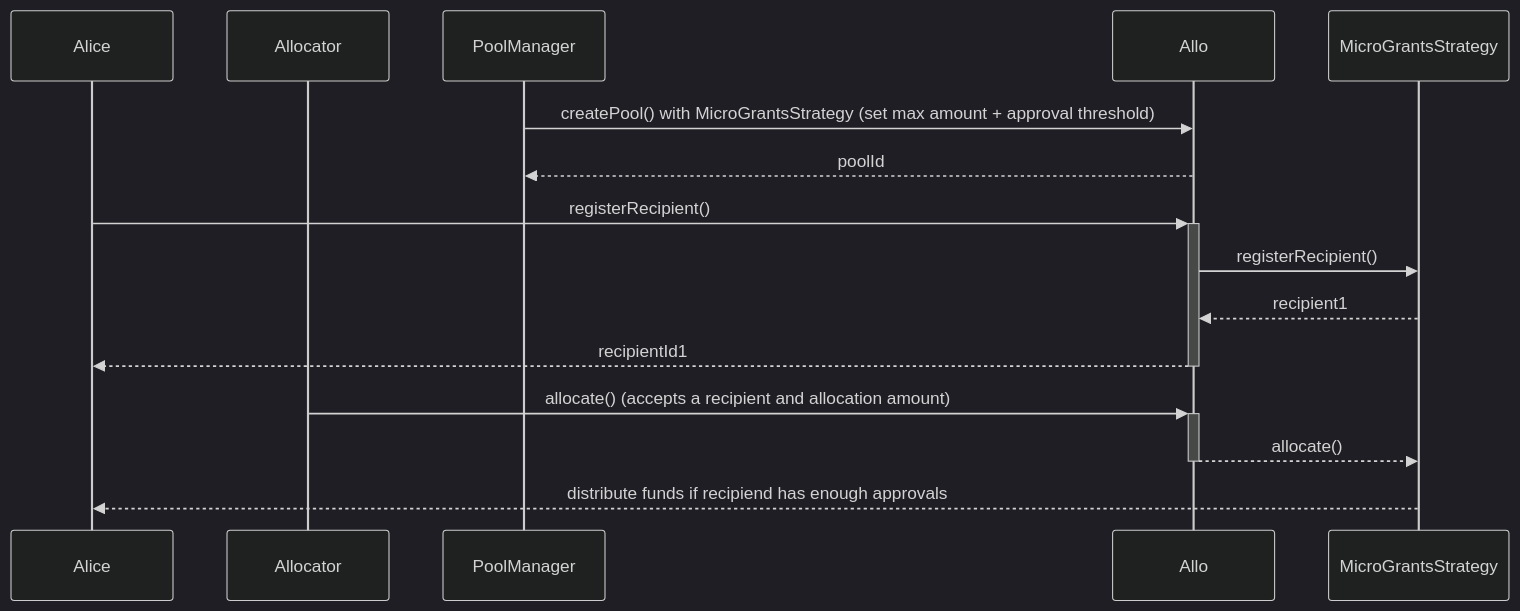
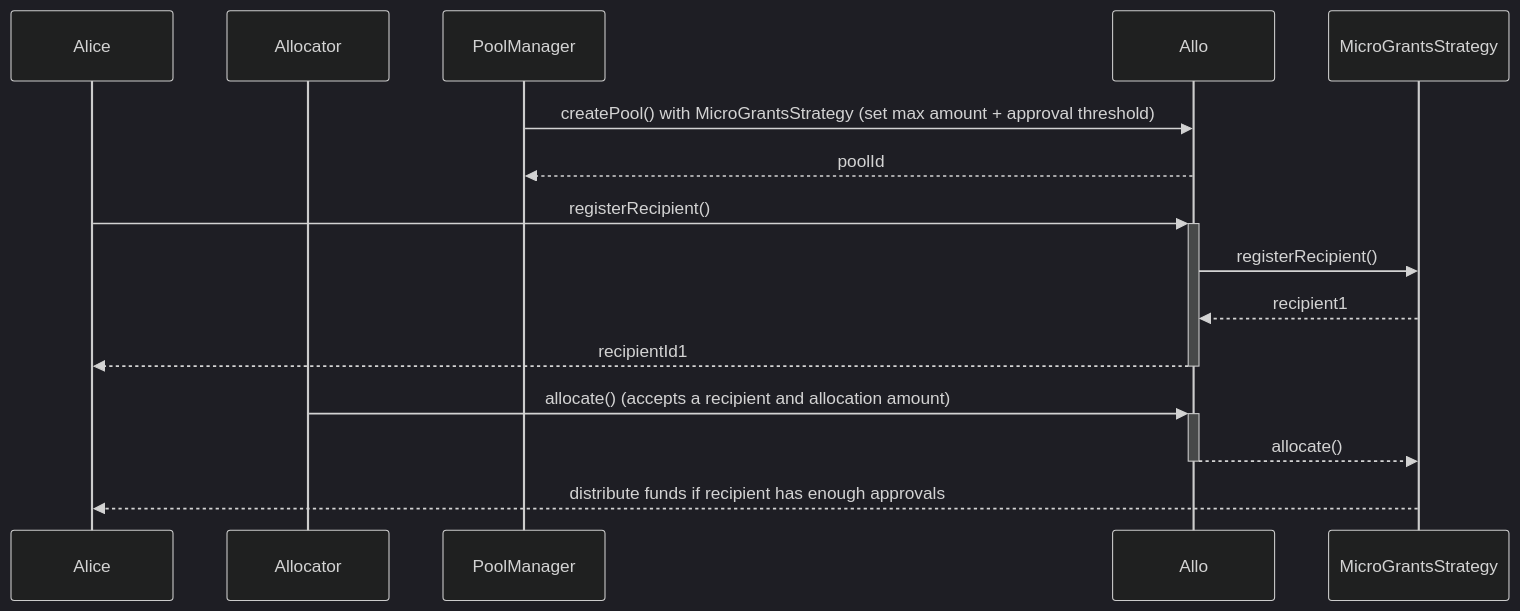
Before and after one commit to allo-protocol/allo-v2: the first of 2 diagrams in contracts/strategies/_poc/micro-grants/README.md, drawn with Mermaid (dark theme).

````diff
--- a/contracts/strategies/_poc/micro-grants/README.md
+++ b/contracts/strategies/_poc/micro-grants/README.md
@@ -35,18 +35,18 @@
 ```mermaid
 sequenceDiagram
     participant Alice
     participant Allocator
     participant PoolManager
     participant Allo
     participant MicroGrantsStrategy
 
     PoolManager->>Allo: createPool() with MicroGrantsStrategy (set max amount + approval threshold)
     Allo-->>PoolManager: poolId
     Alice->>+Allo: registerRecipient()
     Allo->>MicroGrantsStrategy: registerRecipient()
     MicroGrantsStrategy-->>Allo: recipient1
     Allo-->>-Alice: recipientId1
     Allocator->>+Allo: allocate() (accepts a recipient and allocation amount)
     Allo-->>-MicroGrantsStrategy: allocate() 
-    MicroGrantsStrategy-->>Alice: distribute funds if recipiend has enough approvals
+    MicroGrantsStrategy-->>Alice: distribute funds if recipient has enough approvals
 ```
````
